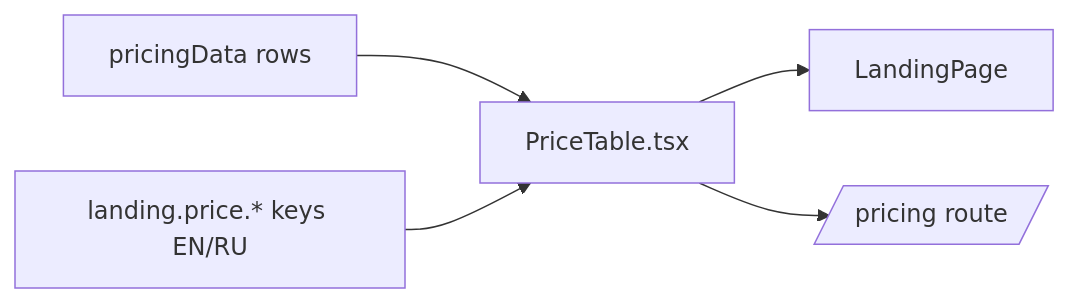
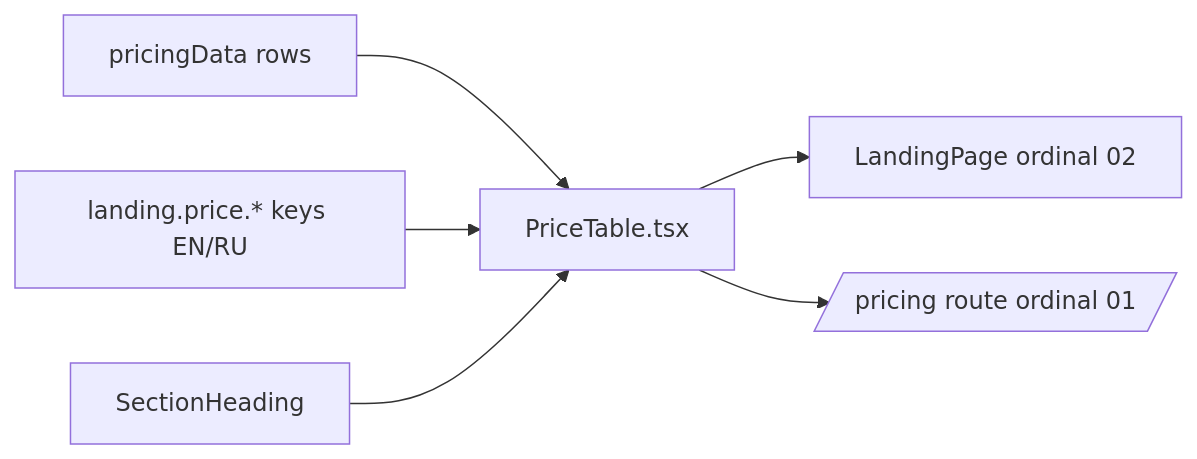
Before and after one commit to AzamatRaimbekov2/openCreate: the diagram in apps/web/src/modules/Landing/components/PriceTable.tsx.md, drawn with Mermaid. The commit also changed other lines of this file and 25 other files, not shown here.

Commit message:
restyle(web): editorial landing + pricing

````diff
--- a/apps/web/src/modules/Landing/components/PriceTable.tsx.md
+++ b/apps/web/src/modules/Landing/components/PriceTable.tsx.md
@@ -26,7 +32,8 @@
 ```mermaid
 flowchart LR
   Data[pricingData rows] --> PT[PriceTable.tsx]
   I18N[landing.price.* keys EN/RU] --> PT
-  PT --> LP[LandingPage]
-  PT --> PR[/pricing route/]
+  SH[SectionHeading] --> PT
+  PT --> LP[LandingPage ordinal 02]
+  PT --> PR[/pricing route ordinal 01/]
 ```
````
